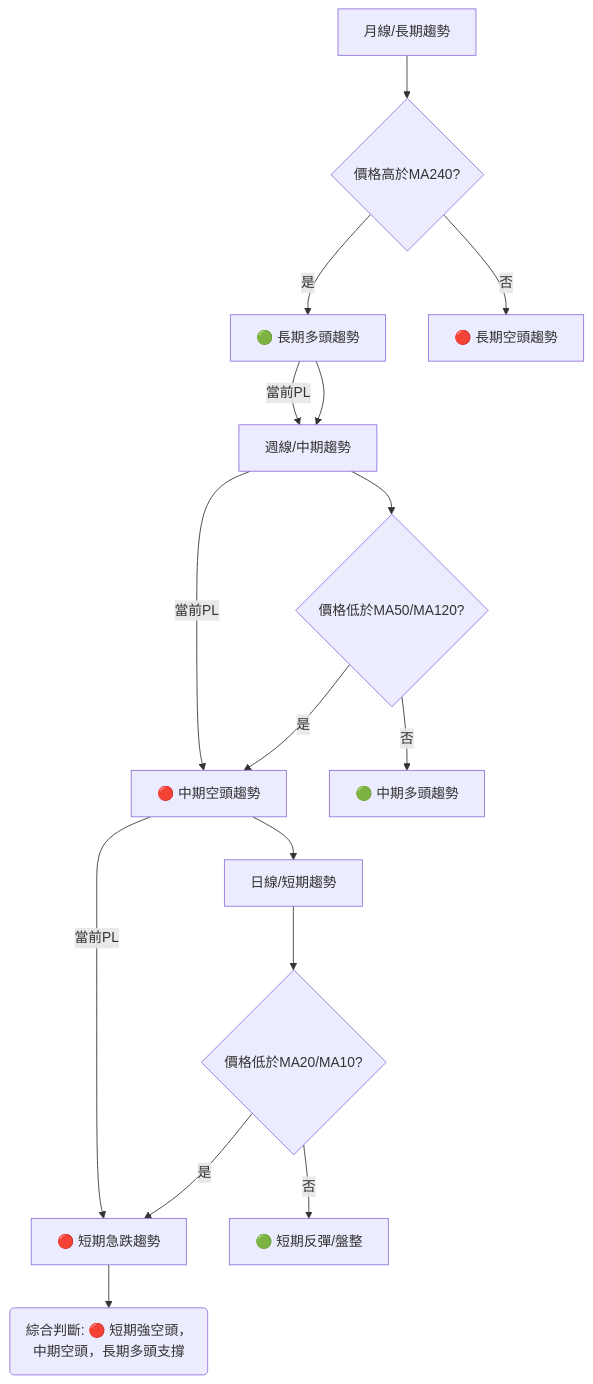
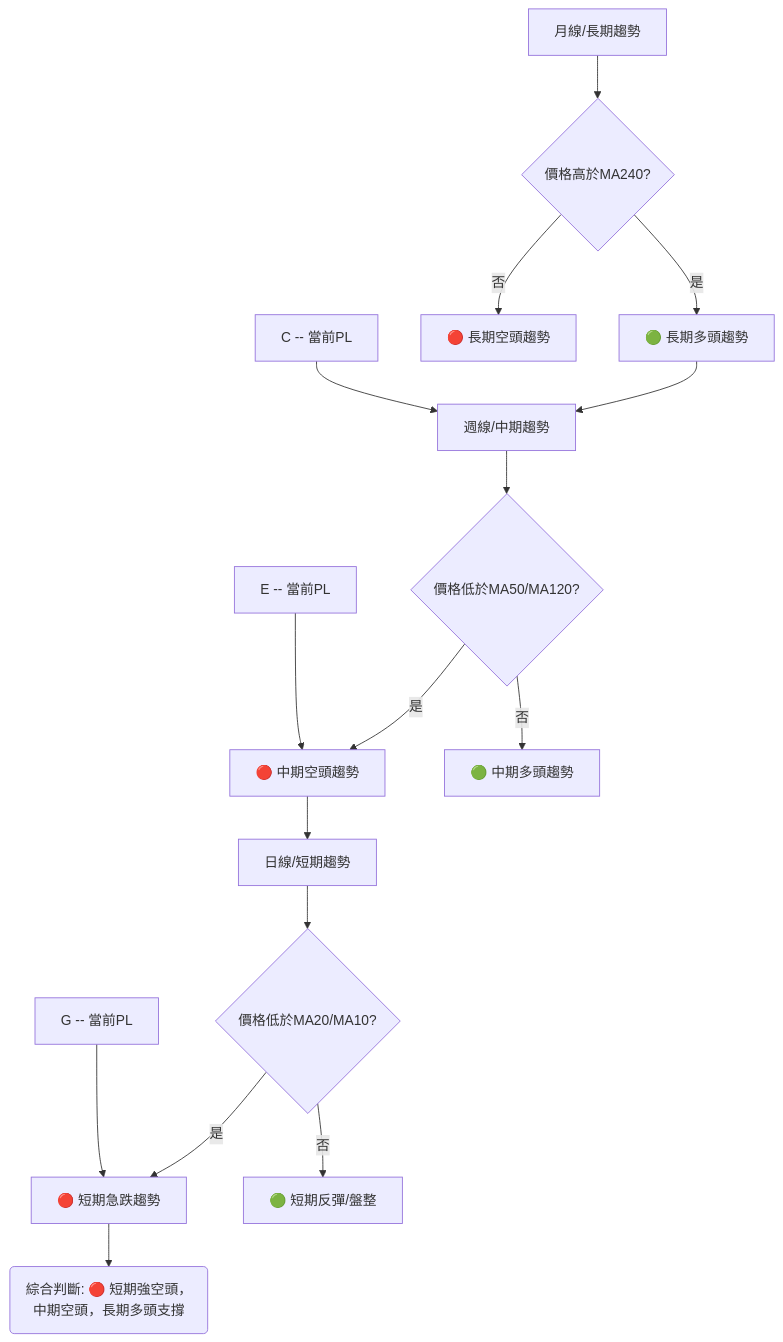
Before and after one commit to yennanliu/finance_data: the second of 8 diagrams in ai_gen_report/stock/pl/technical_analysis_2026-06-26_gemini.md, drawn with Mermaid. The commit also changed other lines of this file and 2258 other files, not shown here.

First line of the commit message:
chore: backfill Mermaid syntax repair across existing reports

````diff
--- a/ai_gen_report/stock/pl/technical_analysis_2026-06-26_gemini.md
+++ b/ai_gen_report/stock/pl/technical_analysis_2026-06-26_gemini.md
@@ -112,22 +112,22 @@
 ```mermaid
 graph TD
-    A[月線/長期趨勢] --> B{價格高於MA240?}
-    B -- 是 --> C[🟢 長期多頭趨勢]
-    B -- 否 --> D[🔴 長期空頭趨勢]
+    A["月線/長期趨勢"] --> B{"價格高於MA240?"}
+    B -- 是 --> C["🟢 長期多頭趨勢"]
+    B -- 否 --> D["🔴 長期空頭趨勢"]
 
-    C --> E[週線/中期趨勢]
-    E --> F{價格低於MA50/MA120?}
-    F -- 是 --> G[🔴 中期空頭趨勢]
-    F -- 否 --> H[🟢 中期多頭趨勢]
+    C --> E["週線/中期趨勢"]
+    E --> F{"價格低於MA50/MA120?"}
+    F -- 是 --> G["🔴 中期空頭趨勢"]
+    F -- 否 --> H["🟢 中期多頭趨勢"]
 
-    G --> I[日線/短期趨勢]
-    I --> J{價格低於MA20/MA10?}
-    J -- 是 --> K[🔴 短期急跌趨勢]
-    J -- 否 --> L[🟢 短期反彈/盤整]
+    G --> I["日線/短期趨勢"]
+    I --> J{"價格低於MA20/MA10?"}
+    J -- 是 --> K["🔴 短期急跌趨勢"]
+    J -- 否 --> L["🟢 短期反彈/盤整"]
 
-    C -- 當前PL --> E
-    E -- 當前PL --> G
-    G -- 當前PL --> K
+    nb1["C -- 當前PL"] --> E
+    nb2["E -- 當前PL"] --> G
+    nb3["G -- 當前PL"] --> K
 
-    K --> M(綜合判斷: 🔴 短期強空頭，中期空頭，長期多頭支撐)
+    K --> M("綜合判斷: 🔴 短期強空頭，中期空頭，長期多頭支撐")
 ```
````
